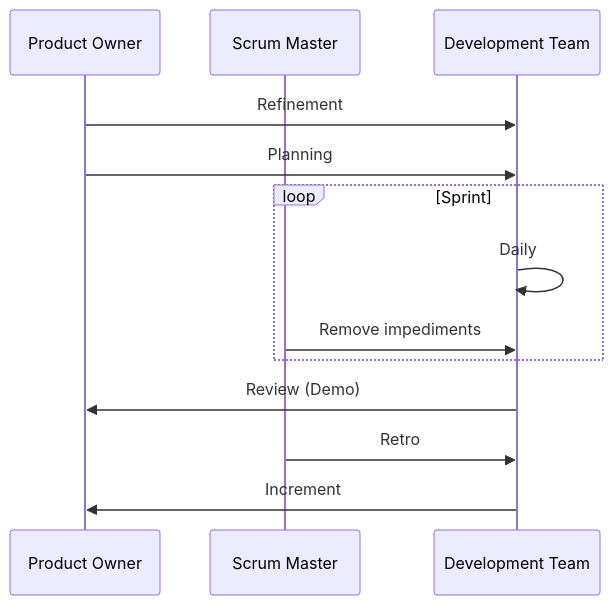
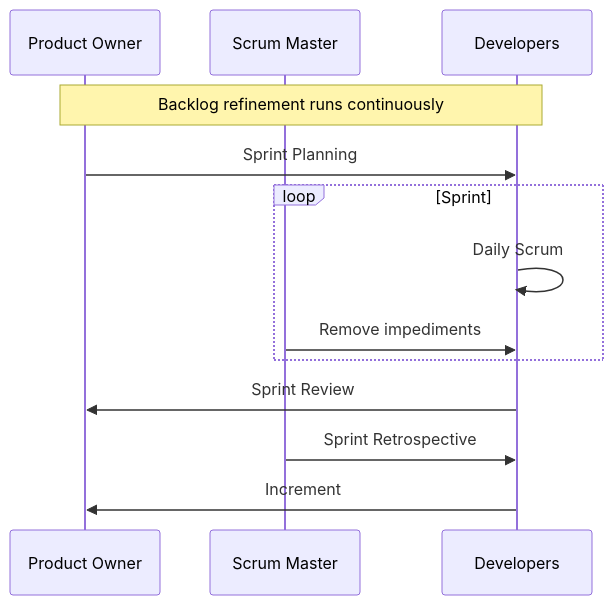
Before and after one commit to arrmagazin/engx: the first of 2 diagrams in docs/01-methodology/03-scrum.md, drawn with Mermaid. The commit also changed other lines of this file and 1 other file, not shown here.

Commit message:
docs(01-methodology): align Scrum with the 2020 Guide and cut the artifact list from nine to three

````diff
--- a/docs/01-methodology/03-scrum.md
+++ b/docs/01-methodology/03-scrum.md
@@ -40,15 +48,15 @@
 ```mermaid
 sequenceDiagram
     participant PO as Product Owner
     participant SM as Scrum Master
-    participant Dev as Development Team
-    PO->>Dev: Refinement
-    PO->>Dev: Planning
+    participant Dev as Developers
+    Note over PO,Dev: Backlog refinement runs continuously
+    PO->>Dev: Sprint Planning
     loop Sprint
-        Dev->>Dev: Daily
+        Dev->>Dev: Daily Scrum
         SM->>Dev: Remove impediments
     end
-    Dev->>PO: Review (Demo)
-    SM->>Dev: Retro
+    Dev->>PO: Sprint Review
+    SM->>Dev: Sprint Retrospective
     Dev->>PO: Increment
 ```
````
